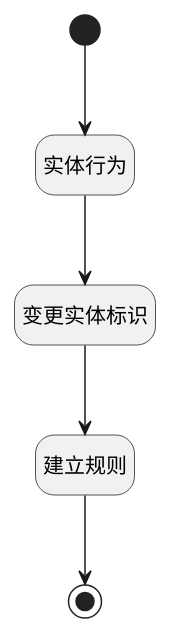
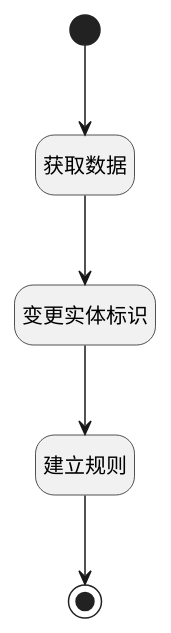
The diagram in doc/docsify/module/extension/PSDELogic/logic/create_by_template.md (iBizLab/plm), drawn with PlantUML before and after one commit. The commit also changed other lines of this file and 1068 other files, not shown here.

````diff
--- a/doc/docsify/module/extension/PSDELogic/logic/create_by_template.md
+++ b/doc/docsify/module/extension/PSDELogic/logic/create_by_template.md
@@ -7,25 +7,25 @@
 ```plantuml
 @startuml
 hide empty description
 <style>
 root {
   HyperlinkColor #42b983
 }
 </style>
 
 hide empty description
 state "开始" as Begin <<start>> [[$./create_by_template#begin {"开始"}]]
-state "实体行为" as DEACTION2  [[$./create_by_template#deaction2 {"实体行为"}]]
+state "获取数据" as DEACTION2  [[$./create_by_template#deaction2 {"获取数据"}]]
 state "变更实体标识" as PREPAREPARAM1  [[$./create_by_template#prepareparam1 {"变更实体标识"}]]
 state "建立规则" as DEACTION1  [[$./create_by_template#deaction1 {"建立规则"}]]
 state "结束" as END1 <<end>> [[$./create_by_template#end1 {"结束"}]]
 
 
 Begin --> DEACTION2
 DEACTION2 --> PREPAREPARAM1
 PREPAREPARAM1 --> DEACTION1
 DEACTION1 --> END1
 
 
 @enduml
 ```
````
